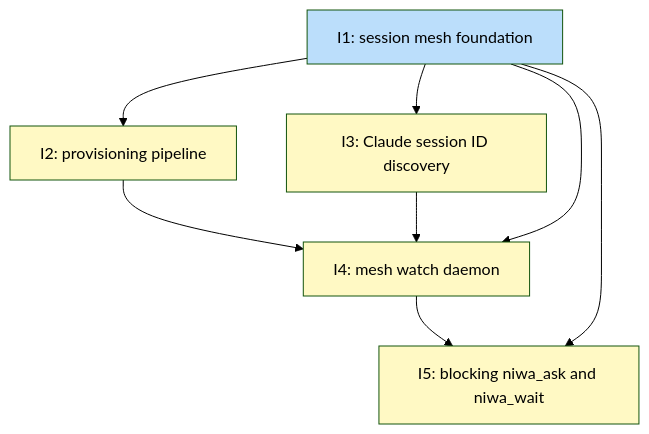
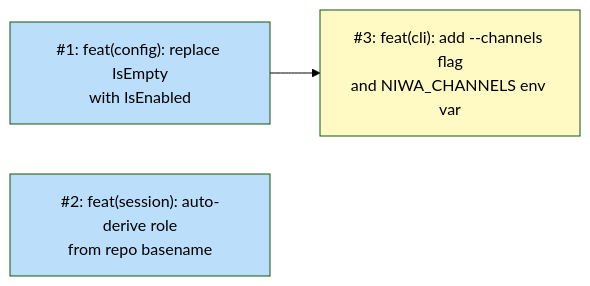
One commit to tsukumogami/niwa changed the diagram in docs/plans/PLAN-cross-session-communication.md. Above: the diagram before and after it, drawn with Mermaid (forest theme). The commit also changed other lines of this file and 1 other file, not shown here.

First line of the commit message:
plan(mesh): add channels ergonomics PLAN doc (3 issues, single-pr)

````diff
--- a/docs/plans/PLAN-cross-session-communication.md
+++ b/docs/plans/PLAN-cross-session-communication.md
@@ -158,29 +149,14 @@
 ```mermaid
-graph TD
-    I1["I1: session mesh foundation"]
-    I2["I2: provisioning pipeline"]
-    I3["I3: Claude session ID discovery"]
-    I4["I4: mesh watch daemon"]
-    I5["I5: blocking niwa_ask and niwa_wait"]
+graph LR
+    I1["#1: feat(config): replace IsEmpty\nwith IsEnabled"]
+    I2["#2: feat(session): auto-derive role\nfrom repo basename"]
+    I3["#3: feat(cli): add --channels flag\nand NIWA_CHANNELS env var"]
 
-    I1 --> I2
     I1 --> I3
-    I2 --> I4
-    I3 --> I4
-    I1 --> I4
-    I4 --> I5
-    I1 --> I5
 
-    classDef done fill:#c8e6c9
     classDef ready fill:#bbdefb
     classDef blocked fill:#fff9c4
-    classDef needsDesign fill:#e1bee7
-    classDef needsPrd fill:#b3e5fc
-    classDef needsSpike fill:#ffcdd2
-    classDef needsDecision fill:#d1c4e9
-    classDef tracksDesign fill:#FFE0B2,stroke:#F57C00,color:#000
-    classDef tracksPlan fill:#FFE0B2,stroke:#F57C00,color:#000
 
-    class I1 ready
-    class I2,I3,I4,I5 blocked
+    class I1,I2 ready
+    class I3 blocked
 ```
````
